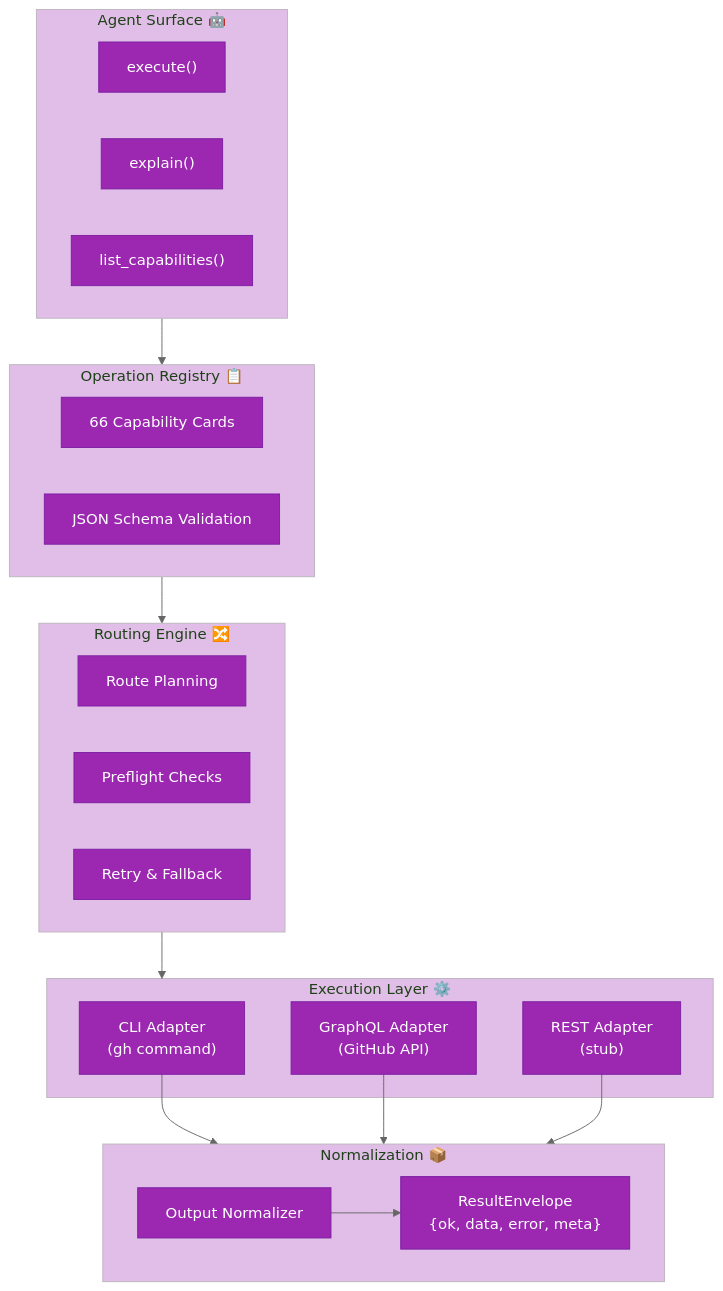
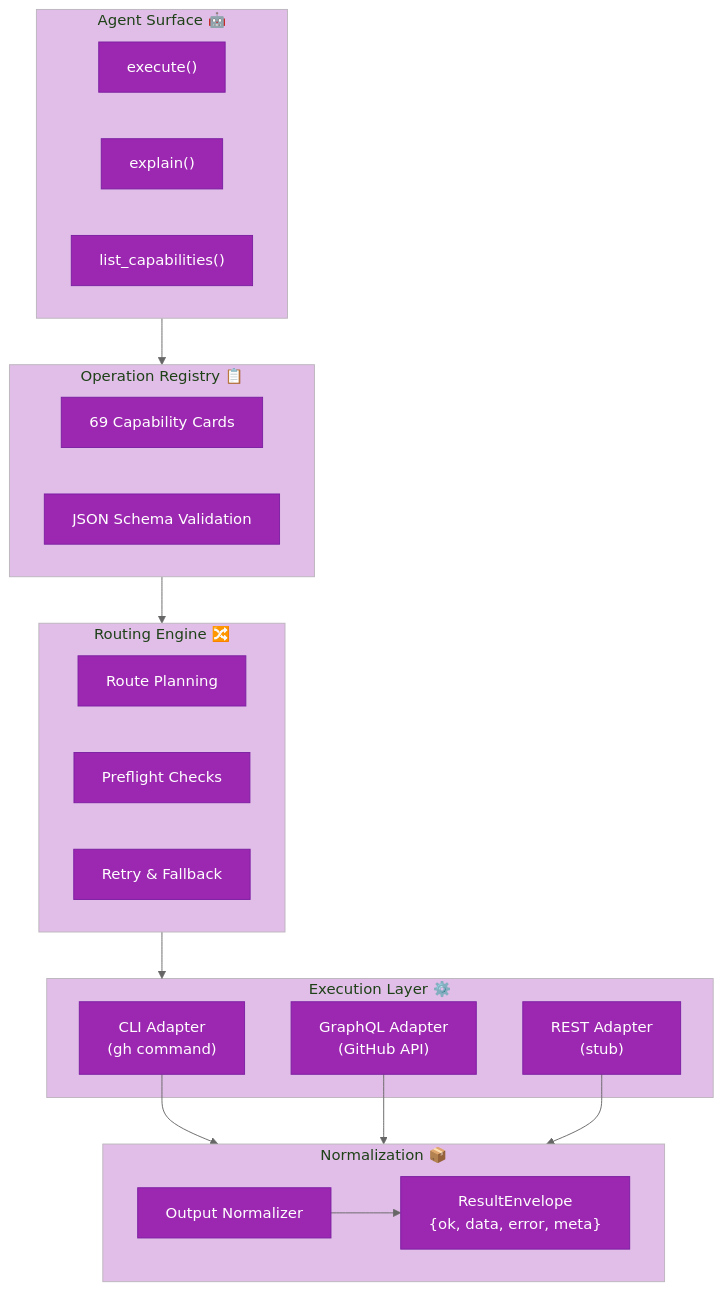
One commit to aryeko/ghx-router changed the diagram in docs/architecture/README.md. Above: the diagram before and after it, drawn with Mermaid. The commit also changed other lines of this file and 12 other files, not shown here.

````diff
--- a/docs/architecture/README.md
+++ b/docs/architecture/README.md
@@ -9,39 +9,39 @@
 ```mermaid
 %%{init: {'theme': 'base', 'themeVariables': {'primaryColor': '#9C27B0', 'primaryTextColor': '#fff', 'primaryBorderColor': '#7B1FA2', 'lineColor': '#666', 'secondaryColor': '#CE93D8', 'tertiaryColor': '#E1BEE7'}}}%%
 flowchart TB
     subgraph Agent["Agent Surface 🤖"]
         ExecuteTool["execute()"]
         ExplainTool["explain()"]
         ListTool["list_capabilities()"]
     end
 
     subgraph Registry["Operation Registry 📋"]
-        Cards["66 Capability Cards"]
+        Cards["69 Capability Cards"]
         Schema["JSON Schema Validation"]
     end
 
     subgraph Router["Routing Engine 🔀"]
         RouteEngine["Route Planning"]
         Preflight["Preflight Checks"]
         RetryLogic["Retry & Fallback"]
     end
 
     subgraph Execution["Execution Layer ⚙️"]
         CliAdapter["CLI Adapter<br/>(gh command)"]
         GraphqlAdapter["GraphQL Adapter<br/>(GitHub API)"]
         RestAdapter["REST Adapter<br/>(stub)"]
     end
 
     subgraph Normalization["Normalization 📦"]
         Normalizer["Output Normalizer"]
         Envelope["ResultEnvelope<br/>{ok, data, error, meta}"]
     end
 
     Agent --> Registry
     Registry --> Router
     Router --> Execution
     CliAdapter --> Normalization
     GraphqlAdapter --> Normalization
     RestAdapter --> Normalization
     Normalizer --> Envelope
 ```
````
